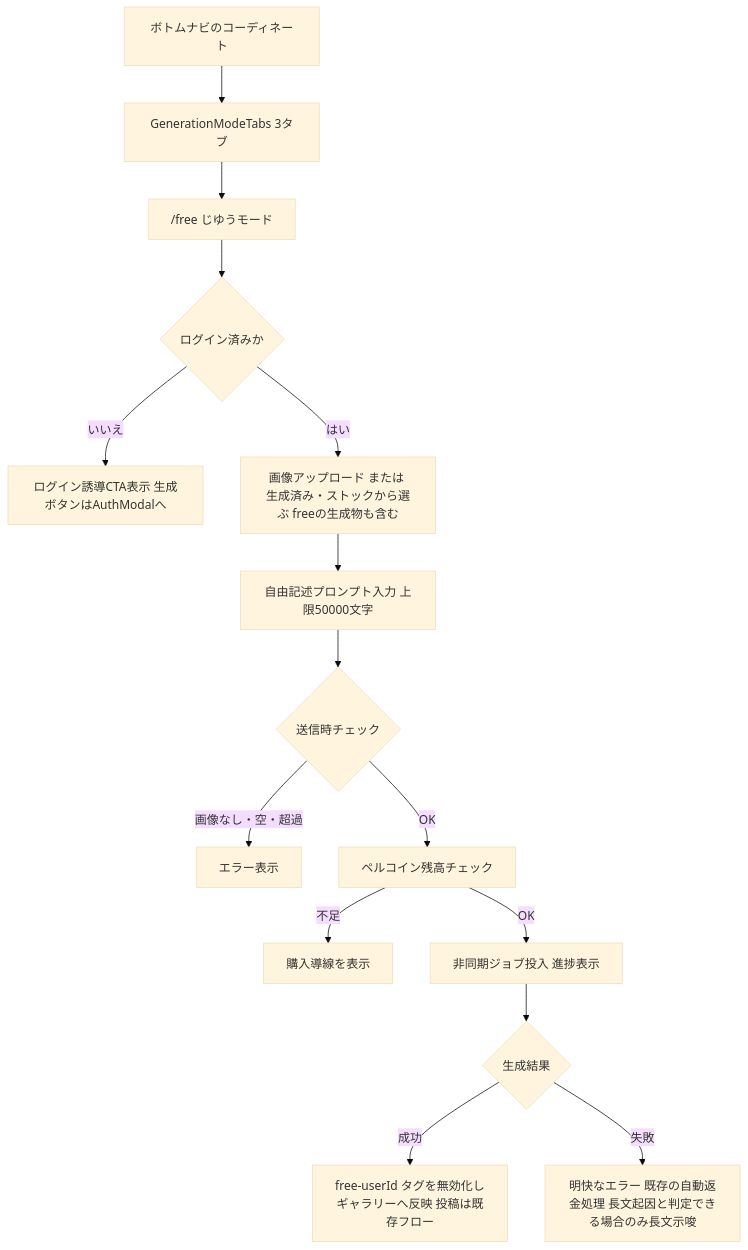
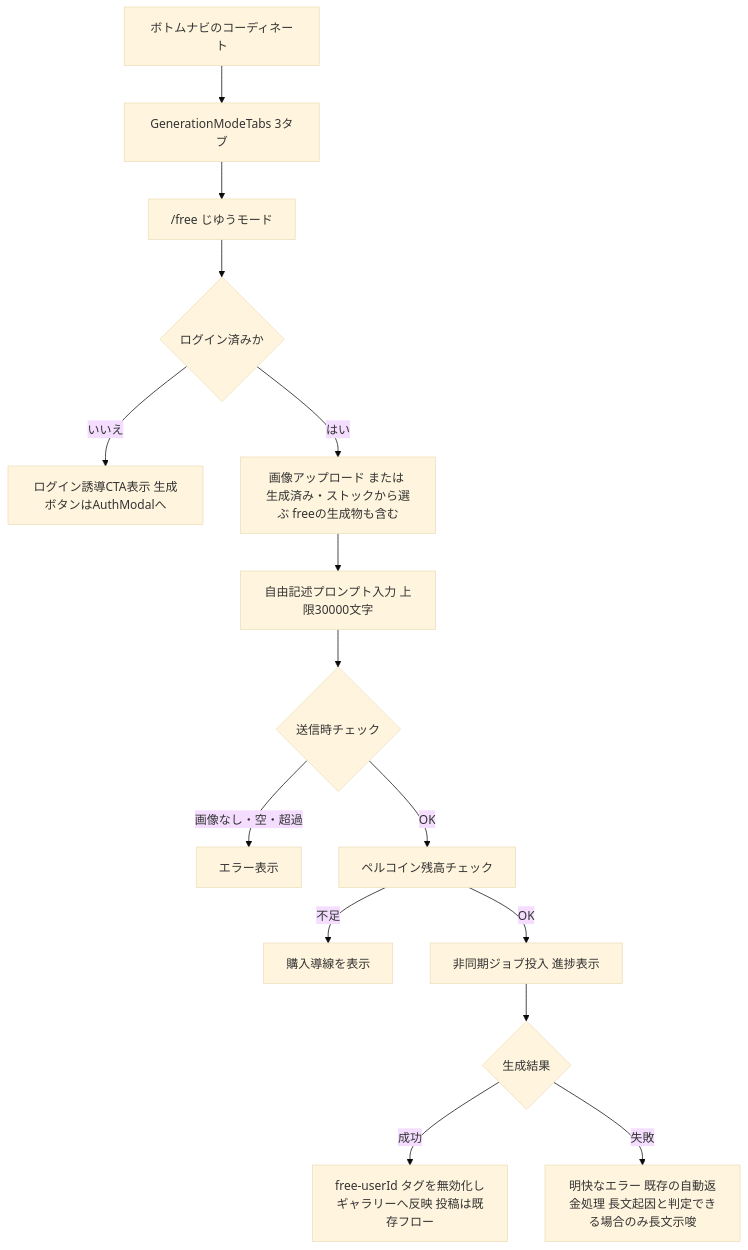
Before and after one commit to 3balljugglerYu/ai_coordinate: the first of 3 diagrams in docs/planning/free-mode-implementation-plan.md, drawn with Mermaid (base theme). The commit also changed other lines of this file and 21 other files, not shown here.

````diff
--- a/docs/planning/free-mode-implementation-plan.md
+++ b/docs/planning/free-mode-implementation-plan.md
@@ -57,17 +57,17 @@
 ```mermaid
 flowchart TD
     A["ボトムナビのコーディネート"] --> B["GenerationModeTabs 3タブ"]
     B --> C["/free じゆうモード"]
     C --> D{"ログイン済みか"}
     D -->|いいえ| E["ログイン誘導CTA表示 生成ボタンはAuthModalへ"]
     D -->|はい| F["画像アップロード または 生成済み・ストックから選ぶ freeの生成物も含む"]
-    F --> G["自由記述プロンプト入力 上限50000文字"]
+    F --> G["自由記述プロンプト入力 上限30000文字"]
     G --> H{"送信時チェック"}
     H -->|"画像なし・空・超過"| I["エラー表示"]
     H -->|OK| J["ペルコイン残高チェック"]
     J -->|不足| K["購入導線を表示"]
     J -->|OK| L["非同期ジョブ投入 進捗表示"]
     L --> M{"生成結果"}
     M -->|成功| N["free-userId タグを無効化しギャラリーへ反映 投稿は既存フロー"]
     M -->|失敗| O["明快なエラー 既存の自動返金処理 長文起因と判定できる場合のみ長文示唆"]
 ```
````
